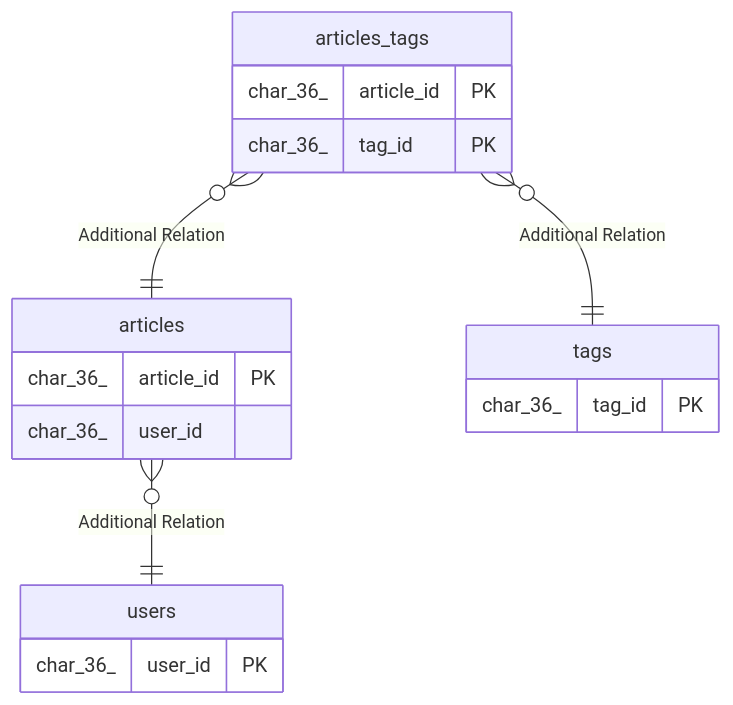
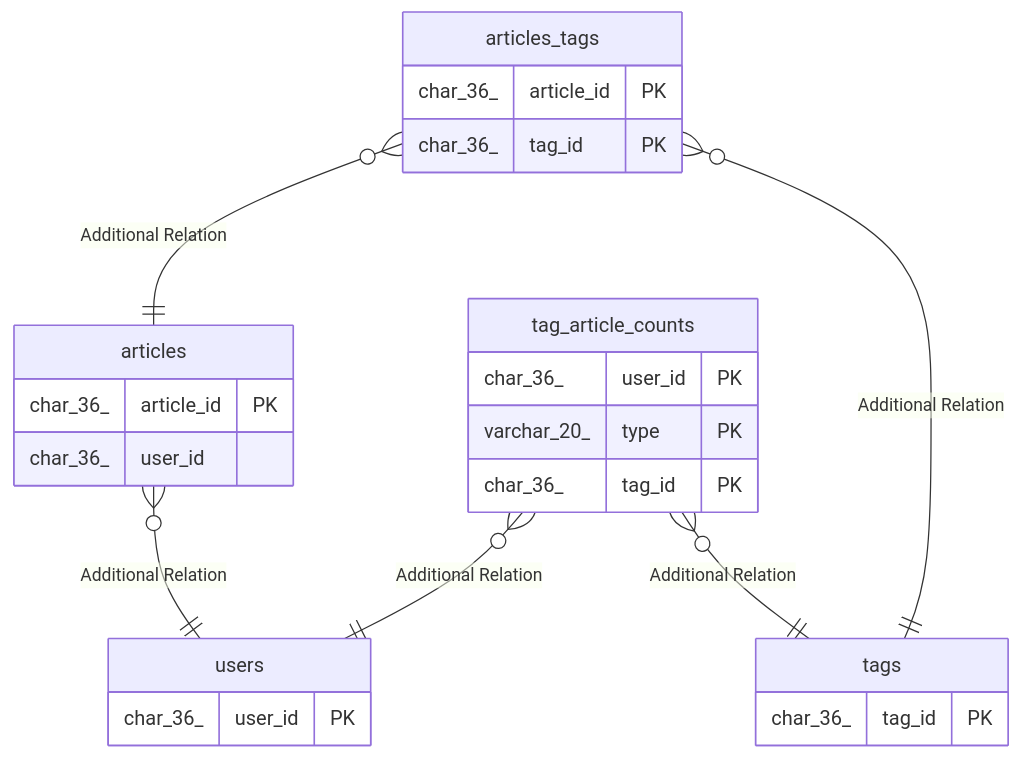
The diagram in docs/source/db/README.md (shuntaka9576/shuntaka-dev), drawn with Mermaid before and after one commit. The commit also changed other lines of this file and 4 other files, not shown here.

Commit message:
docs: tag_article_counts と階層タグの DB ドキュメントを更新

````diff
--- a/docs/source/db/README.md
+++ b/docs/source/db/README.md
@@ -14,22 +15,29 @@
 ```mermaid
 erDiagram
 
 "articles" }o--|| "users" : "Additional Relation"
 "articles_tags" }o--|| "articles" : "Additional Relation"
 "articles_tags" }o--|| "tags" : "Additional Relation"
+"tag_article_counts" }o--|| "users" : "Additional Relation"
+"tag_article_counts" }o--|| "tags" : "Additional Relation"
 
 "articles" {
   char_36_ article_id PK
   char_36_ user_id
+}
+"tags" {
+  char_36_ tag_id PK
 }
 "articles_tags" {
   char_36_ article_id PK
   char_36_ tag_id PK
 }
 "users" {
   char_36_ user_id PK
 }
-"tags" {
+"tag_article_counts" {
+  char_36_ user_id PK
+  varchar_20_ type PK
   char_36_ tag_id PK
 }
 ```
````
